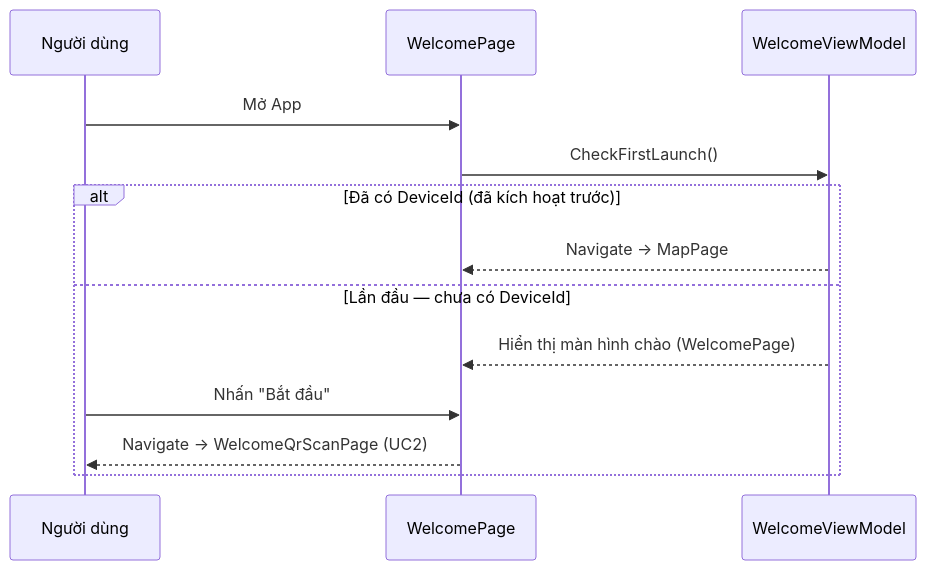
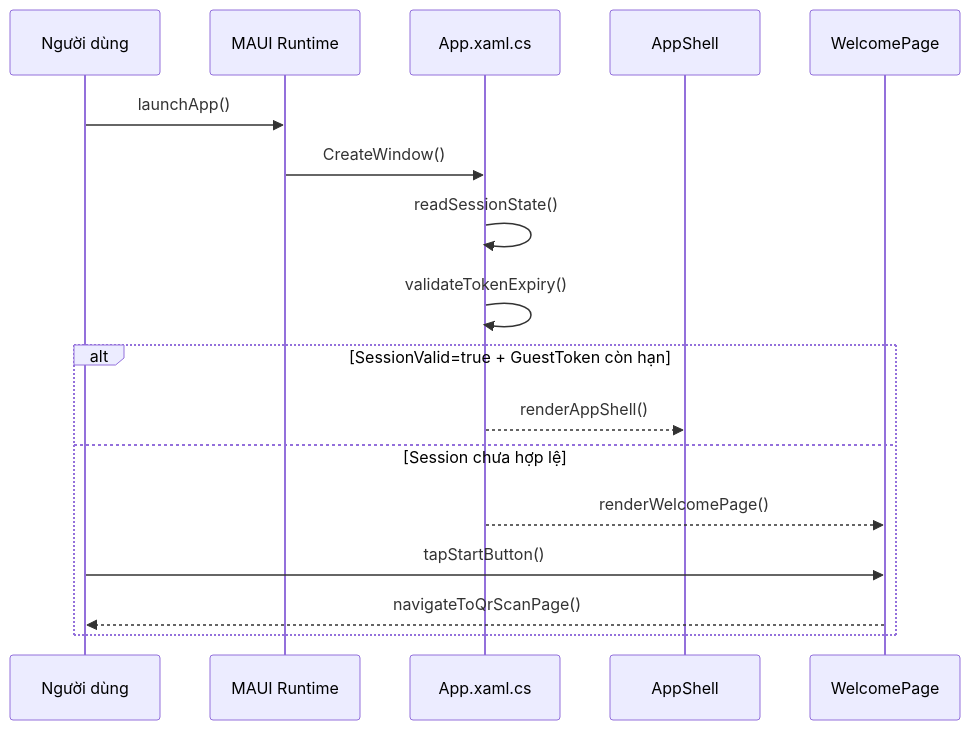
One commit to quynhtien1977/AudioGo changed the fifth of 58 diagrams in PRD.md. Above: the diagram before and after it, drawn with Mermaid. The commit also changed other lines of this file and 2 other files, not shown here.

````diff
--- a/PRD.md
+++ b/PRD.md
@@ -823,17 +847,21 @@
 ```mermaid
 sequenceDiagram
     participant MobileUser as Người dùng
+    participant Runtime as MAUI Runtime
+    participant App as App.xaml.cs
+    participant Shell as AppShell
     participant Welcome as WelcomePage
-    participant VM as WelcomeViewModel
     
-    MobileUser ->> Welcome: Mở App
-    Welcome ->> VM: CheckFirstLaunch()
+    MobileUser ->> Runtime: launchApp()
+    Runtime ->> App: CreateWindow()
+    App ->> App: readSessionState()
+    App ->> App: validateTokenExpiry()
     
-    alt Đã có DeviceId (đã kích hoạt trước)
-        VM -->> Welcome: Navigate → MapPage
-    else Lần đầu — chưa có DeviceId
-        VM -->> Welcome: Hiển thị màn hình chào (WelcomePage)
-        MobileUser ->> Welcome: Nhấn "Bắt đầu"
-        Welcome -->> MobileUser: Navigate → WelcomeQrScanPage (UC2)
+    alt SessionValid=true + GuestToken còn hạn
+        App -->> Shell: renderAppShell()
+    else Session chưa hợp lệ
+        App -->> Welcome: renderWelcomePage()
+        MobileUser ->> Welcome: tapStartButton()
+        Welcome -->> MobileUser: navigateToQrScanPage()
     end
 ```
````
